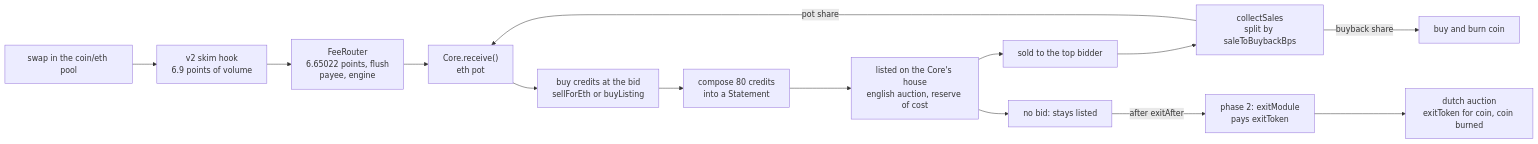
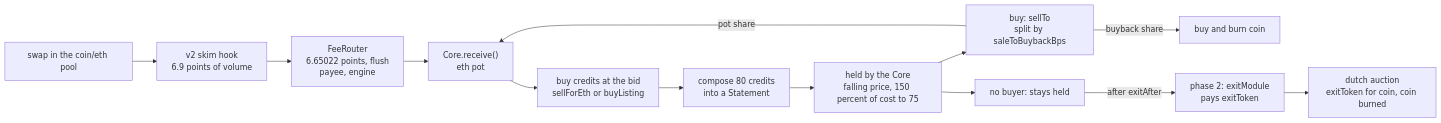
One commit to moose-code/cc changed the diagram in README.md. Above: the diagram before and after it, drawn with Mermaid. The commit also changed other lines of this file and 1 other file, not shown here.

````diff
--- a/README.md
+++ b/README.md
@@ -23,30 +21,28 @@
 ```mermaid
 graph LR
     swap["swap in the coin/eth pool"]
     hook["v2 skim hook<br/>6.9 points of volume"]
     router["FeeRouter<br/>6.65022 points, flush<br/>payee, engine"]
     pot["Core.receive()<br/>eth pot"]
     buy["buy credits at the bid<br/>sellForEth or buyListing"]
     compose["compose 80 credits<br/>into a Statement"]
-    house["listed on the Core's house<br/>english auction, reserve of cost"]
-    sold["sold to the top bidder"]
-    unsold["no bid: stays listed"]
-    collect["collectSales<br/>split by saleToBuybackBps"]
+    held["held by the Core<br/>falling price, 150 percent of cost to 75"]
+    sold["buy: sellTo<br/>split by saleToBuybackBps"]
+    unsold["no buyer: stays held"]
     burn["buy and burn coin"]
     exit["phase 2: exitModule<br/>pays exitToken"]
     dutch["dutch auction<br/>exitToken for coin, coin burned"]
 
     swap --> hook
     hook --> router
     router --> pot
     pot --> buy
     buy --> compose
-    compose --> house
-    house --> sold
-    house --> unsold
-    sold --> collect
-    collect -->|pot share| pot
-    collect -->|buyback share| burn
+    compose --> held
+    held --> sold
+    held --> unsold
+    sold -->|pot share| pot
+    sold -->|buyback share| burn
     unsold -->|after exitAfter| exit
     exit --> dutch
 ```
````
